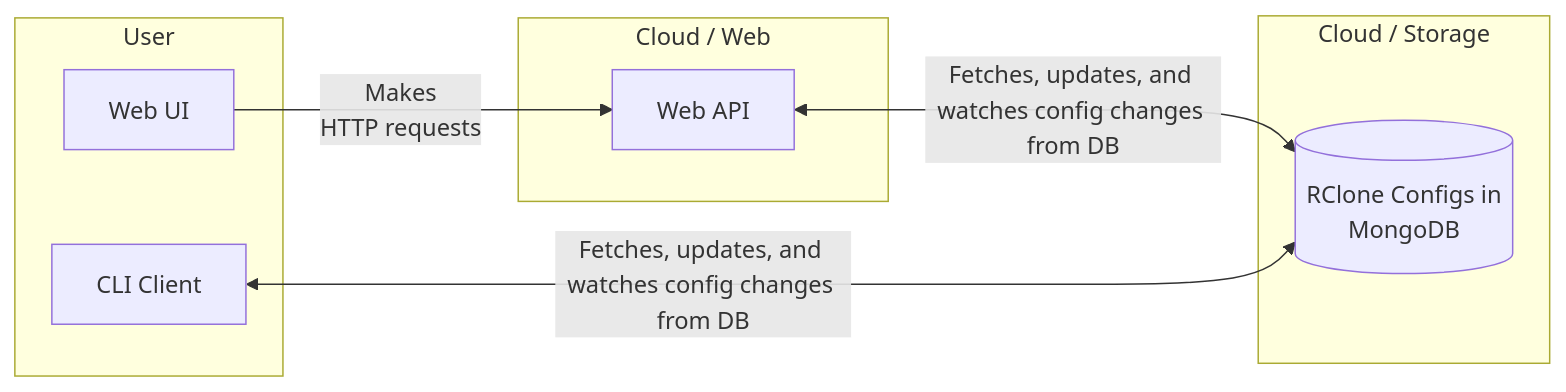
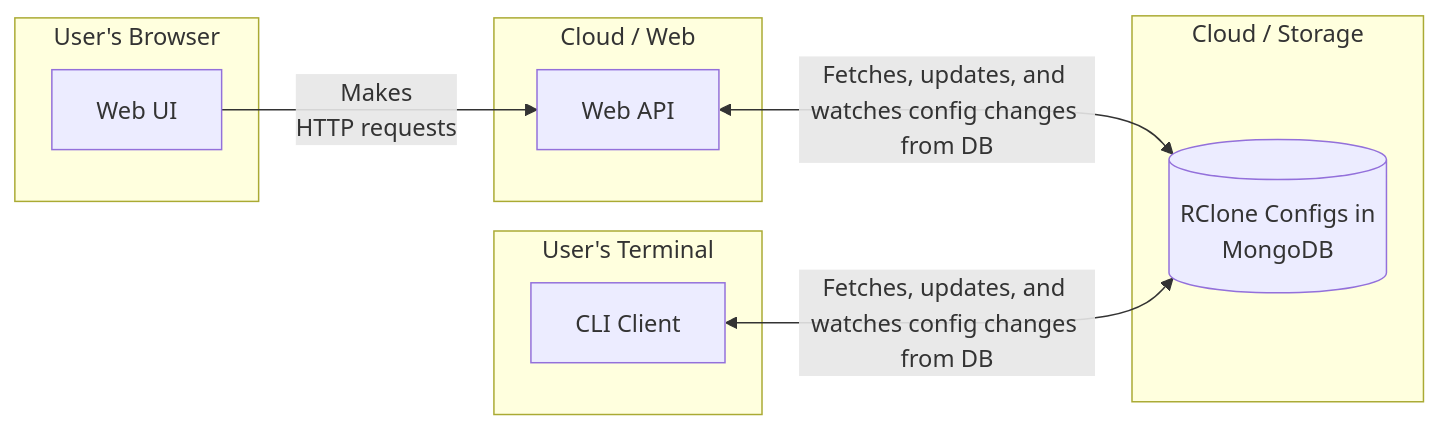
The diagram in README.md (EKarton/RClone-on-Cloud), drawn with Mermaid before and after one commit.

````diff
--- a/README.md
+++ b/README.md
@@ -21,24 +21,24 @@
 ```mermaid
 graph LR
-    subgraph "User"
+    subgraph "User's Terminal"
         CLI[CLI Client]
     end
 
     subgraph "Cloud / Storage"
         MongoDB[(RClone Configs in\nMongoDB)]
     end
 
     subgraph "Cloud / Web"
         WebAPI[Web API]
     end
 
-    subgraph "User"
+    subgraph "User's Browser"
         WebUI[Web UI]
     end
 
     WebUI -->|"Makes \nHTTP requests"| WebAPI
 
     WebAPI <-->|"Fetches, updates, and watches config changes from DB"| MongoDB
 
     CLI <-->|"Fetches, updates, and watches config changes from DB"| MongoDB
 ```
````
